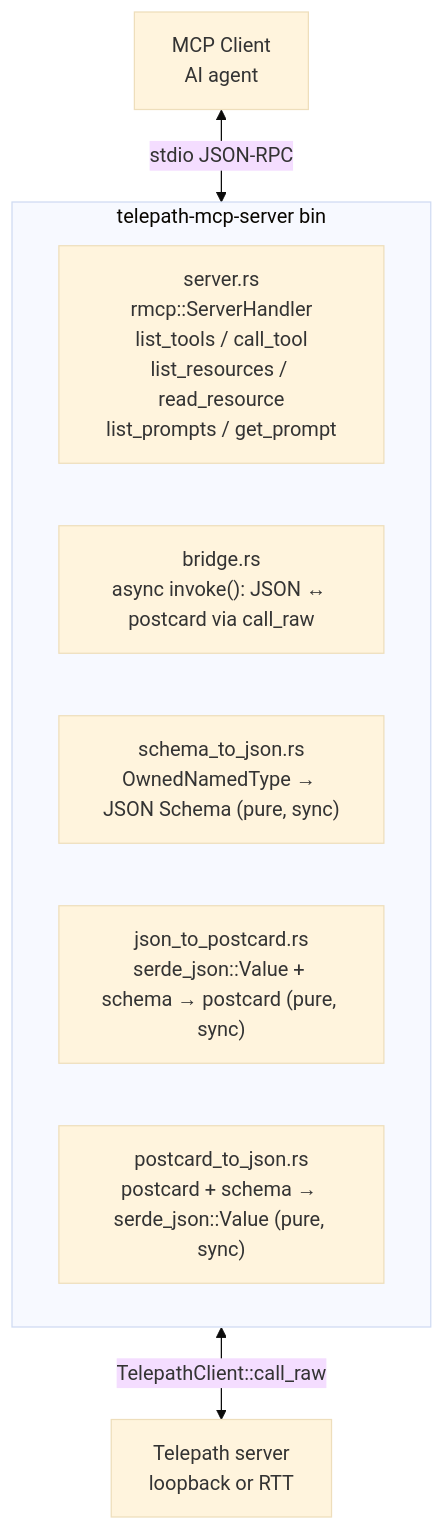
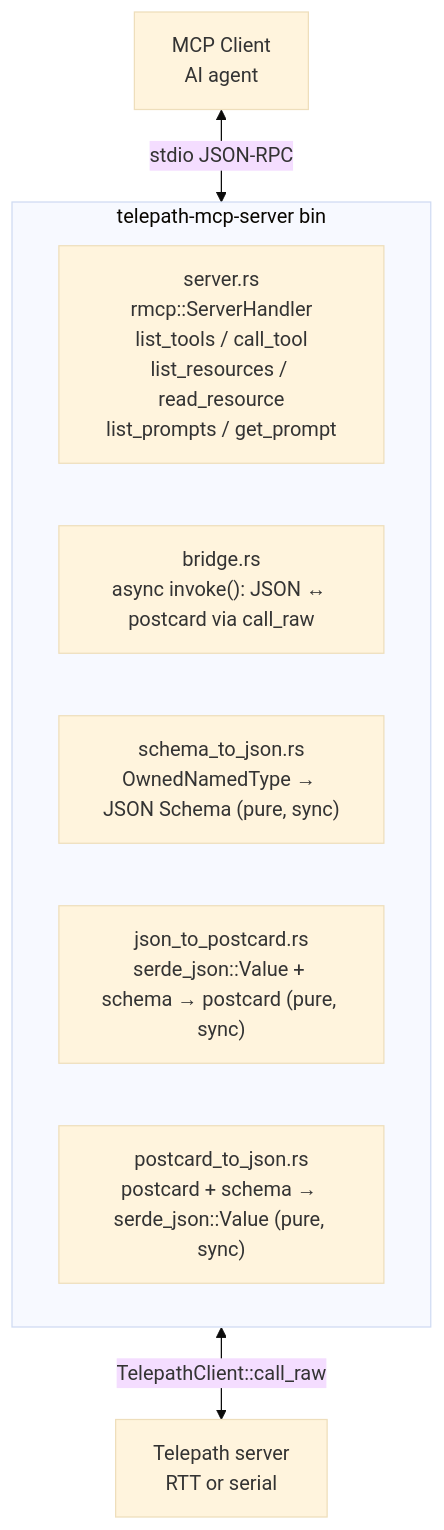
One commit to tarotene/telepath changed the diagram in docs/mcp-integration.md. Above: the diagram before and after it, drawn with Mermaid (base theme). The commit also changed other lines of this file and 4 other files, not shown here.

Commit message:
docs: purge loopback zombies and fix mcp-server/shell docs post-#66 (#81)

````diff
--- a/docs/mcp-integration.md
+++ b/docs/mcp-integration.md
@@ -8,15 +8,15 @@
 ```mermaid
 flowchart TB
     MC[MCP Client<br/>AI agent]
     subgraph Bridge["telepath-mcp-server bin"]
         SRV["server.rs<br/>rmcp::ServerHandler<br/>list_tools / call_tool<br/>list_resources / read_resource<br/>list_prompts / get_prompt"]
         BR["bridge.rs<br/>async invoke(): JSON ↔ postcard via call_raw"]
         S2J["schema_to_json.rs<br/>OwnedNamedType → JSON Schema (pure, sync)"]
         J2P["json_to_postcard.rs<br/>serde_json::Value + schema → postcard (pure, sync)"]
         P2J["postcard_to_json.rs<br/>postcard + schema → serde_json::Value (pure, sync)"]
     end
-    TS[Telepath server<br/>loopback or RTT]
+    TS[Telepath server<br/>RTT or serial]
 
     MC <-->|stdio JSON-RPC| Bridge
     Bridge <-->|TelepathClient::call_raw| TS
 ```
````
